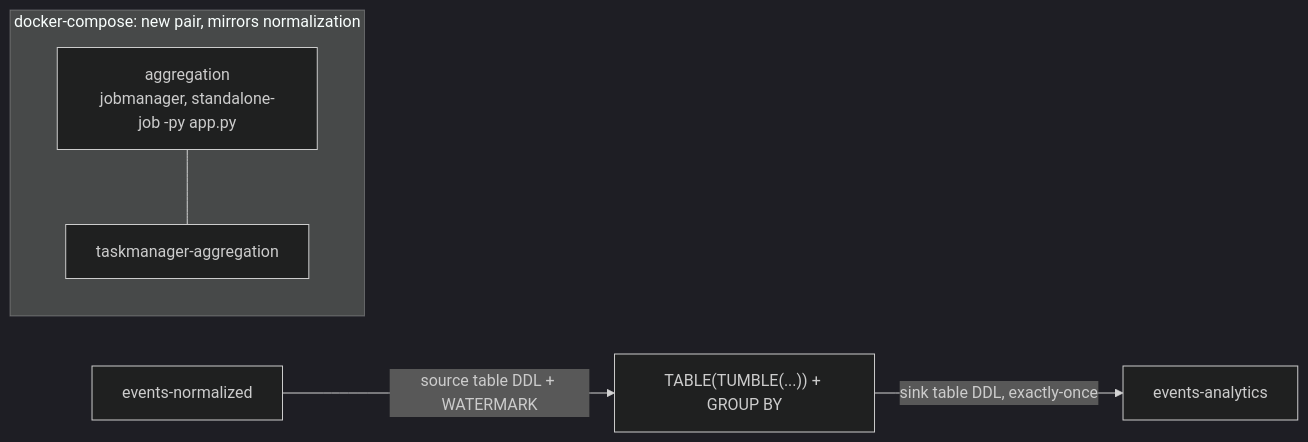
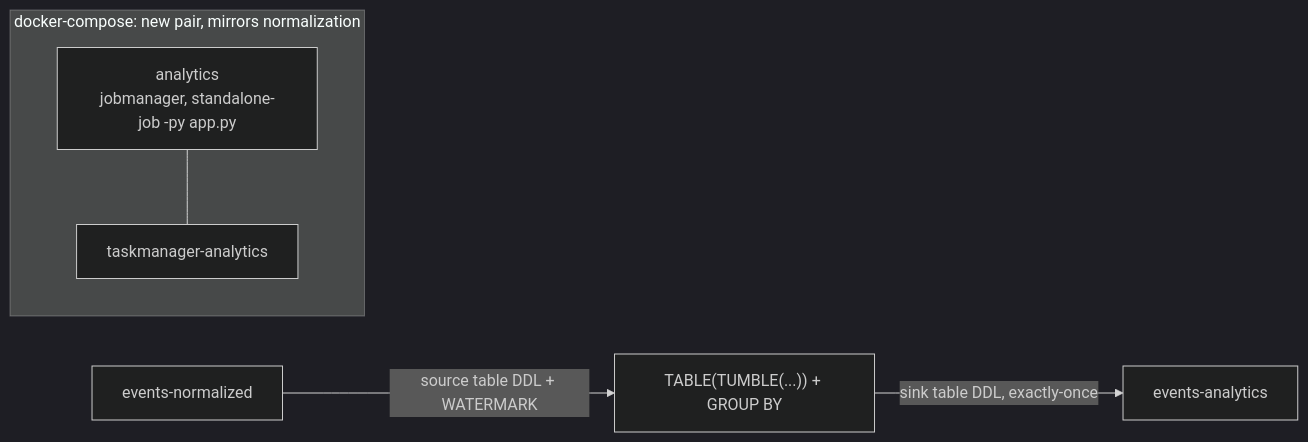
Before and after one commit to Matheus-Homem/streaming-project: the diagram in .specs/features/flink-aggregation/design.md, drawn with Mermaid (dark theme). The commit also changed other lines of this file and 1 other file, not shown here.

Commit message:
refactor: update documentation to reflect renaming of aggregation components to analytics

````diff
--- a/.specs/features/flink-aggregation/design.md
+++ b/.specs/features/flink-aggregation/design.md
@@ -14,9 +14,9 @@
 ```mermaid
 graph LR
     A[events-normalized] -->|source table DDL + WATERMARK| B["TABLE(TUMBLE(...)) + GROUP BY"]
     B -->|sink table DDL, exactly-once| C[events-analytics]
 
     subgraph "docker-compose: new pair, mirrors normalization"
-    D[aggregation<br/>jobmanager, standalone-job -py app.py] --- E[taskmanager-aggregation]
+    D[analytics<br/>jobmanager, standalone-job -py app.py] --- E[taskmanager-analytics]
     end
 ```
````
